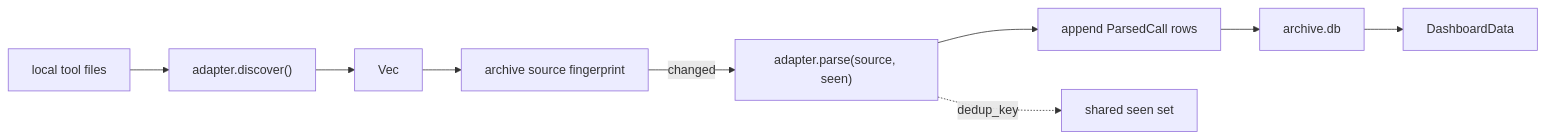
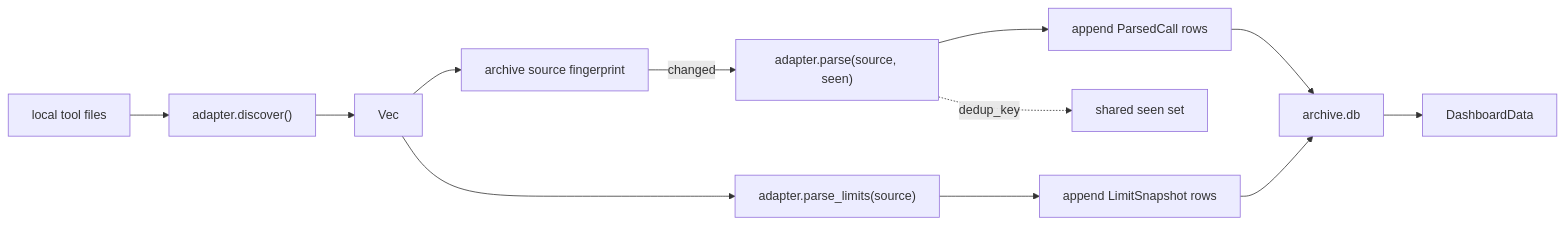
Before and after one commit to russmckendrick/tokenuse: the diagram in docs/development/tools/README.md, drawn with Mermaid. The commit also changed other lines of this file and 41 other files, not shown here.

````diff
--- a/docs/development/tools/README.md
+++ b/docs/development/tools/README.md
@@ -19,11 +19,14 @@
 ```mermaid
 flowchart LR
     A["local tool files"] --> B["adapter.discover()"]
     B --> C["Vec<SessionSource>"]
     C --> D["archive source fingerprint"]
     D -->|changed| E["adapter.parse(source, seen)"]
     E --> F["append ParsedCall rows"]
+    C --> L["adapter.parse_limits(source)"]
+    L --> M["append LimitSnapshot rows"]
     F --> G["archive.db"]
+    M --> G
     G --> H["DashboardData"]
     E -. "dedup_key" .-> I["shared seen set"]
 ```
````
